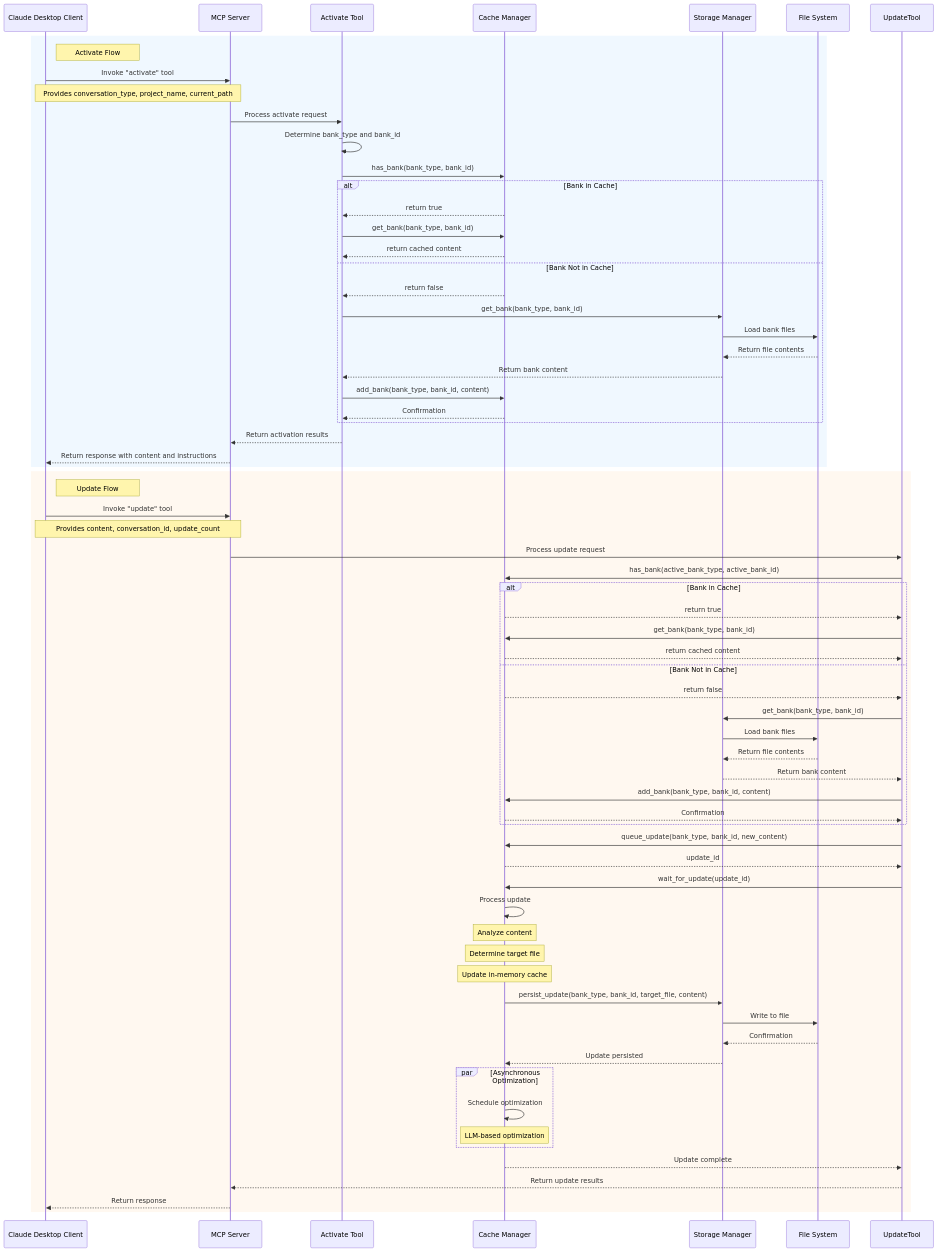
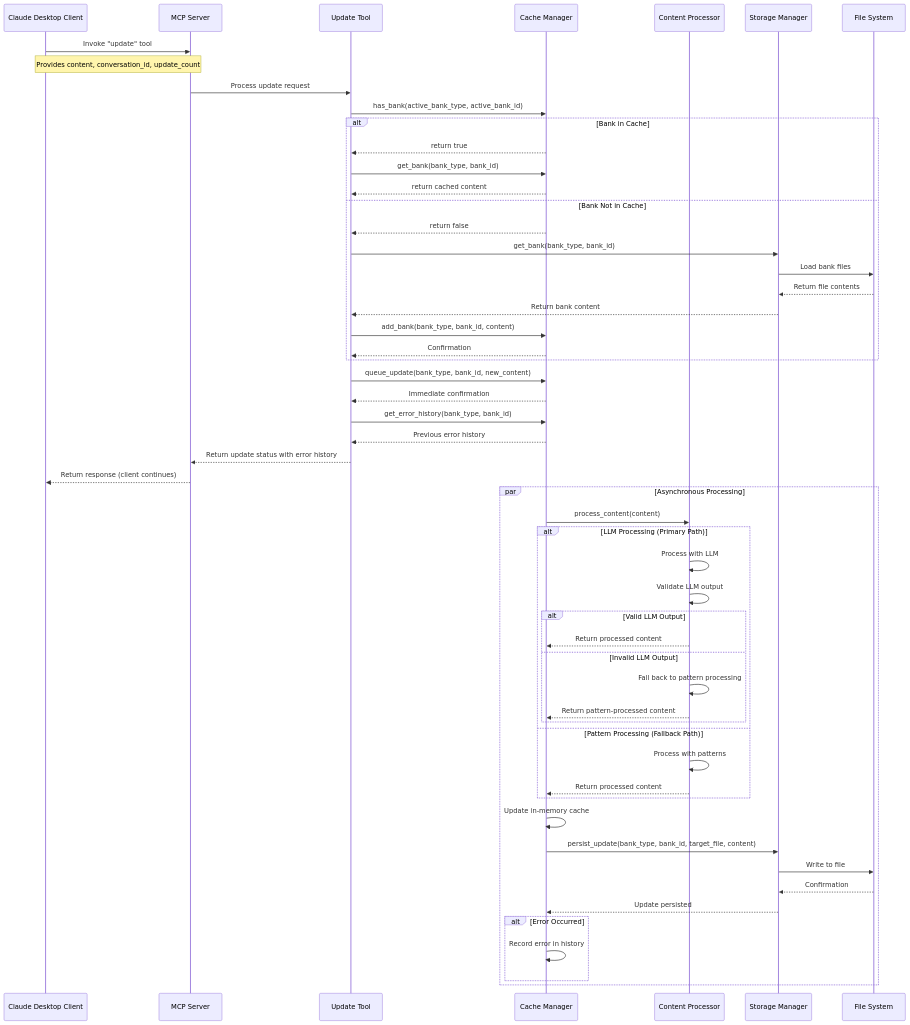
The second of 3 diagrams in docs/enhancement proposals/EP 02.md (philippe-guerit/claude-desktop-memory-bank), drawn with Mermaid before and after one commit. The commit also changed other lines of this file, not shown here.

````diff
--- a/docs/enhancement proposals/EP 02.md
+++ b/docs/enhancement proposals/EP 02.md
@@ -164,45 +286,11 @@
 sequenceDiagram
     participant Client as Claude Desktop Client
     participant Server as MCP Server
-    participant ActivateTool as Activate Tool
+    participant UpdateTool as Update Tool
     participant CacheManager as Cache Manager
+    participant ContentProcessor as Content Processor
     participant StorageManager as Storage Manager
     participant FileSystem as File System
-    
-    %% Activate Flow
-    rect rgb(240, 248, 255)
-    note right of Client: Activate Flow
-    
-    Client->>Server: Invoke "activate" tool
-    Note over Client,Server: Provides conversation_type, project_name, current_path
-    
-    Server->>ActivateTool: Process activate request
-    ActivateTool->>ActivateTool: Determine bank_type and bank_id
-    
-    ActivateTool->>CacheManager: has_bank(bank_type, bank_id)
-    
-    alt Bank in Cache
-        CacheManager-->>ActivateTool: return true
-        ActivateTool->>CacheManager: get_bank(bank_type, bank_id)
-        CacheManager-->>ActivateTool: return cached content
-    else Bank Not in Cache
-        CacheManager-->>ActivateTool: return false
-        ActivateTool->>StorageManager: get_bank(bank_type, bank_id)
-        StorageManager->>FileSystem: Load bank files
-        FileSystem-->>StorageManager: Return file contents
-        StorageManager-->>ActivateTool: Return bank content
-        
-        ActivateTool->>CacheManager: add_bank(bank_type, bank_id, content)
-        CacheManager-->>ActivateTool: Confirmation
-    end
-    
-    ActivateTool-->>Server: Return activation results
-    Server-->>Client: Return response with content and instructions
-    end
-    
-    %% Update Flow
-    rect rgb(255, 248, 240)
-    note right of Client: Update Flow
     
     Client->>Server: Invoke "update" tool
     Note over Client,Server: Provides content, conversation_id, update_count
@@ -227,28 +315,41 @@
     end
     
     UpdateTool->>CacheManager: queue_update(bank_type, bank_id, new_content)
-    CacheManager-->>UpdateTool: update_id
+    CacheManager-->>UpdateTool: Immediate confirmation
     
-    UpdateTool->>CacheManager: wait_for_update(update_id)
+    UpdateTool->>CacheManager: get_error_history(bank_type, bank_id)
+    CacheManager-->>UpdateTool: Previous error history
     
-    CacheManager->>CacheManager: Process update
-    Note over CacheManager: Analyze content
-    Note over CacheManager: Determine target file
-    Note over CacheManager: Update in-memory cache
+    UpdateTool-->>Server: Return update status with error history
+    Server-->>Client: Return response (client continues)
     
-    CacheManager->>StorageManager: persist_update(bank_type, bank_id, target_file, content)
-    StorageManager->>FileSystem: Write to file
-    FileSystem-->>StorageManager: Confirmation
-    StorageManager-->>CacheManager: Update persisted
-    
-    par Asynchronous Optimization
-        CacheManager->>CacheManager: Schedule optimization
-        Note over CacheManager: LLM-based optimization
-    end
-    
-    CacheManager-->>UpdateTool: Update complete
-    
-    UpdateTool-->>Server: Return update results
-    Server-->>Client: Return response
+    par Asynchronous Processing
+        CacheManager->>ContentProcessor: process_content(content)
+        
+        alt LLM Processing (Primary Path)
+            ContentProcessor->>ContentProcessor: Process with LLM
+            ContentProcessor->>ContentProcessor: Validate LLM output
+            
+            alt Valid LLM Output
+                ContentProcessor-->>CacheManager: Return processed content
+            else Invalid LLM Output
+                ContentProcessor->>ContentProcessor: Fall back to pattern processing
+                ContentProcessor-->>CacheManager: Return pattern-processed content
+            end
+        else Pattern Processing (Fallback Path)
+            ContentProcessor->>ContentProcessor: Process with patterns
+            ContentProcessor-->>CacheManager: Return processed content
+        end
+        
+        CacheManager->>CacheManager: Update in-memory cache
+        
+        CacheManager->>StorageManager: persist_update(bank_type, bank_id, target_file, content)
+        StorageManager->>FileSystem: Write to file
+        FileSystem-->>StorageManager: Confirmation
+        StorageManager-->>CacheManager: Update persisted
+        
+        alt Error Occurred
+            CacheManager->>CacheManager: Record error in history
+        end
     end
 ```
````
